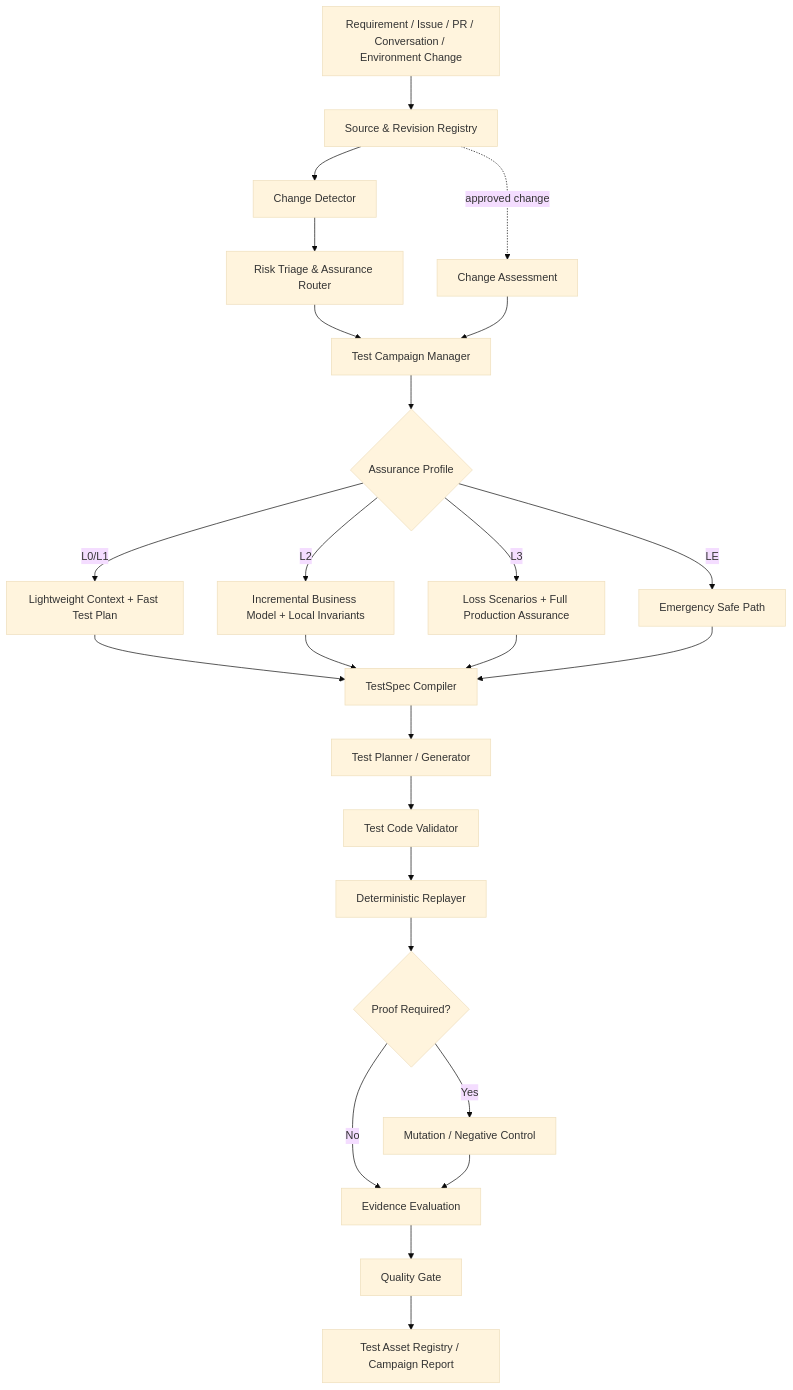
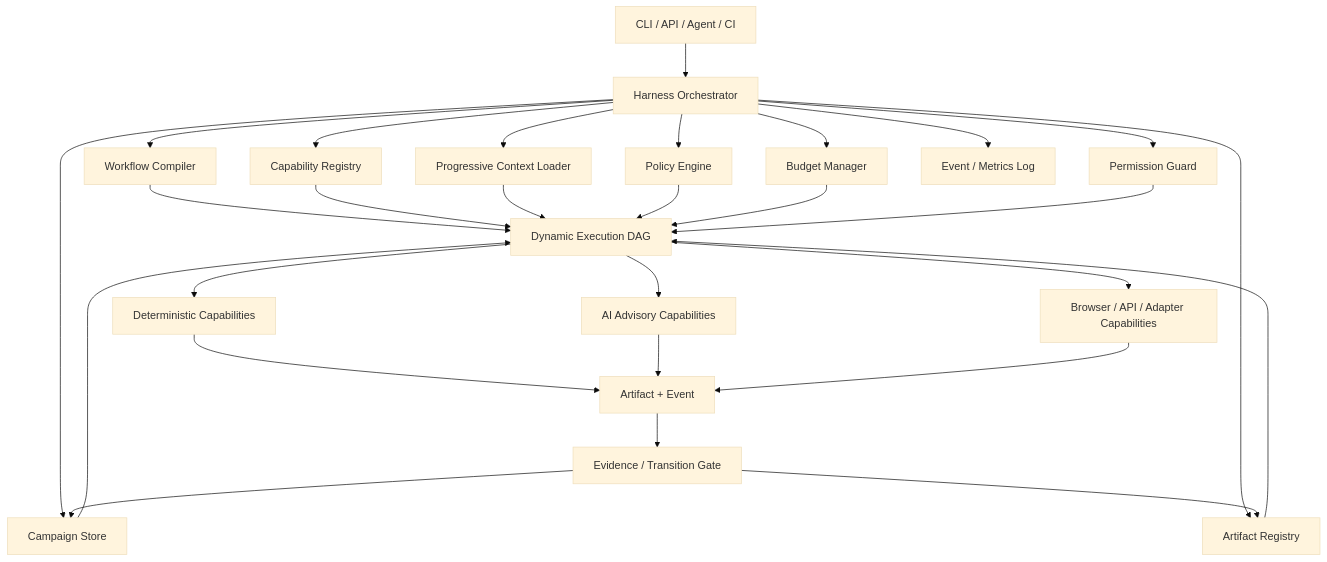
One commit to lsq1030757028/Pytest-playwright-e2e changed the first of 2 diagrams in docs/ai-test-agent-closed-loop-plan.md. Above: the diagram before and after it, drawn with Mermaid (base theme). The commit also changed other lines of this file, not shown here.

Commit message:
docs: revise roadmap around capability harness

````diff
--- a/docs/ai-test-agent-closed-loop-plan.md
+++ b/docs/ai-test-agent-closed-loop-plan.md
@@ -144,32 +109,36 @@
 ```mermaid
 flowchart TD
-    A[Requirement / Issue / PR / Conversation / Environment Change]
-    --> B[Source & Revision Registry]
-    B --> C[Change Detector]
-    C --> D[Risk Triage & Assurance Router]
-    D --> E[Test Campaign Manager]
+    A[CLI / API / Agent / CI]
+    --> B[Harness Orchestrator]
 
-    E --> F{Assurance Profile}
-    F -->|L0/L1| G[Lightweight Context + Fast Test Plan]
-    F -->|L2| H[Incremental Business Model + Local Invariants]
-    F -->|L3| I[Loss Scenarios + Full Production Assurance]
-    F -->|LE| J[Emergency Safe Path]
+    B --> C[Workflow Compiler]
+    B --> D[Capability Registry]
+    B --> E[Campaign Store]
+    B --> F[Artifact Registry]
+    B --> G[Progressive Context Loader]
+    B --> H[Policy Engine]
+    B --> I[Budget Manager]
+    B --> J[Permission Guard]
+    B --> K[Event / Metrics Log]
 
-    G --> K[TestSpec Compiler]
-    H --> K
-    I --> K
-    J --> K
+    C --> L[Dynamic Execution DAG]
+    D --> L
+    E --> L
+    F --> L
+    G --> L
+    H --> L
+    I --> L
+    J --> L
 
-    K --> L[Test Planner / Generator]
-    L --> M[Test Code Validator]
-    M --> N[Deterministic Replayer]
-    N --> O{Proof Required?}
-    O -->|No| P[Evidence Evaluation]
-    O -->|Yes| Q[Mutation / Negative Control]
-    Q --> P
-    P --> R[Quality Gate]
-    R --> S[Test Asset Registry / Campaign Report]
+    L --> M[Deterministic Capabilities]
+    L --> N[AI Advisory Capabilities]
+    L --> O[Browser / API / Adapter Capabilities]
 
-    B -.approved change.-> T[Change Assessment]
-    T --> E
+    M --> P[Artifact + Event]
+    N --> P
+    O --> P
+
+    P --> Q[Evidence / Transition Gate]
+    Q --> E
+    Q --> F
 ```
````
